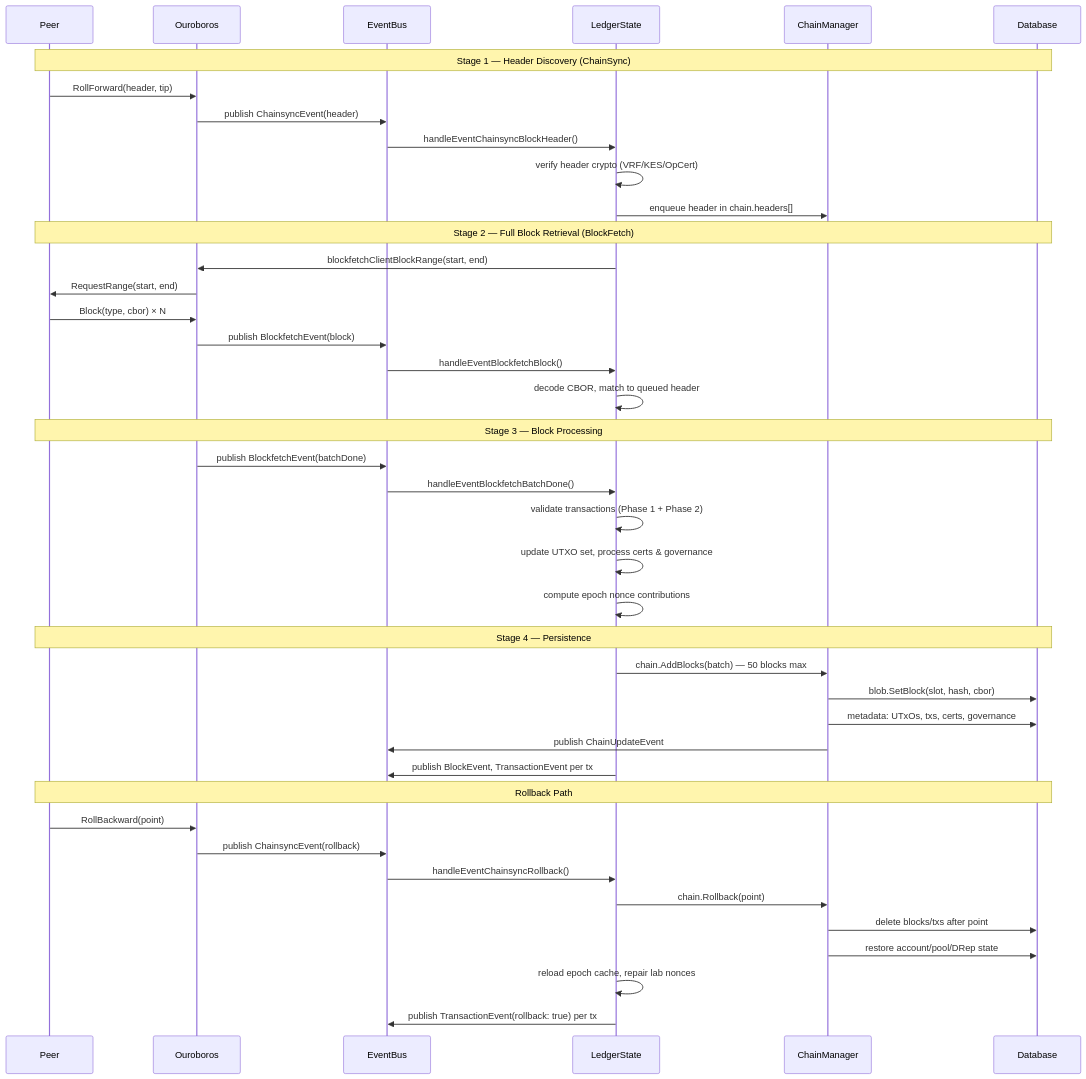
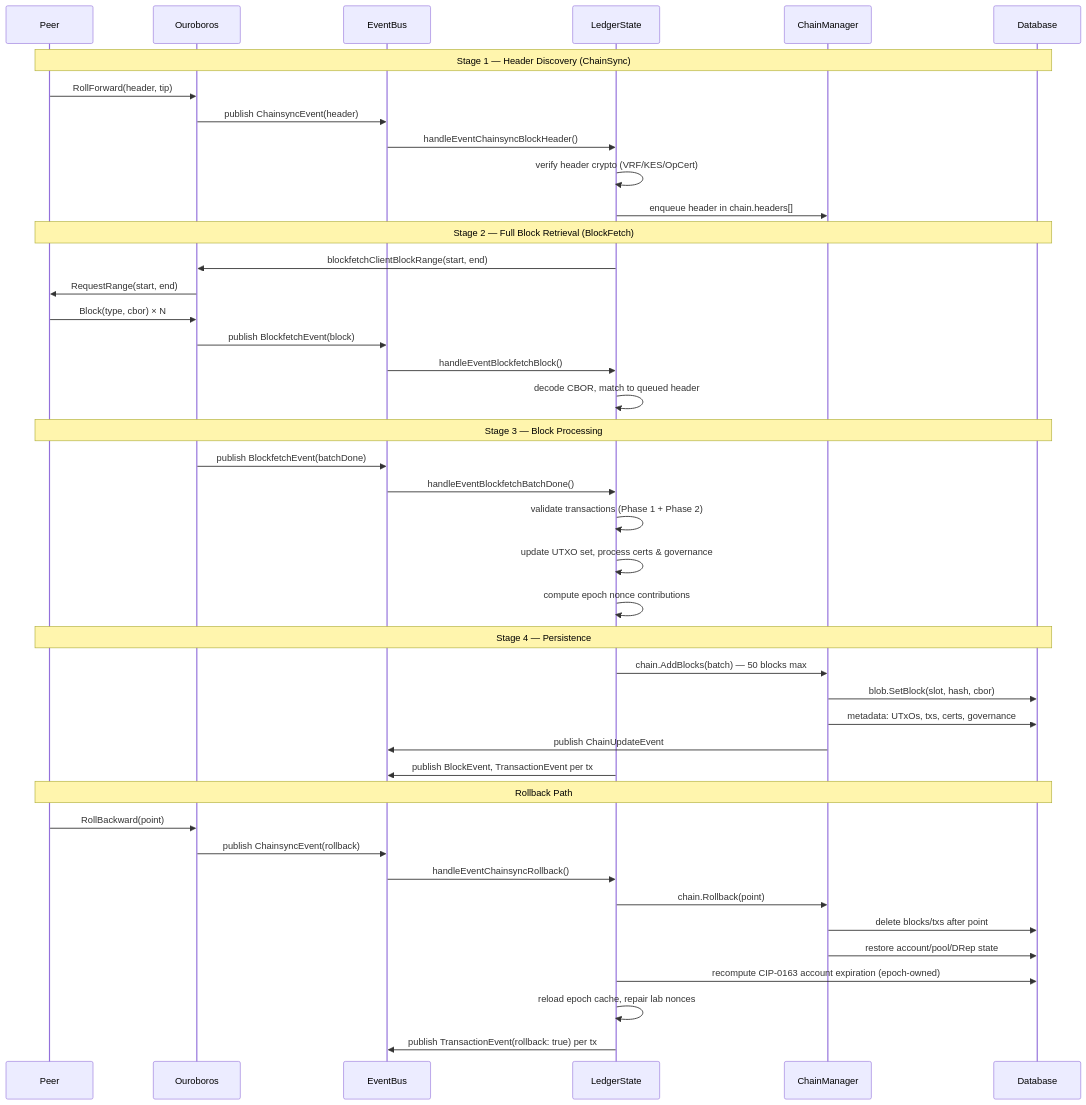
Before and after one commit to blinklabs-io/dingo: the third of 5 diagrams in ARCHITECTURE.md, drawn with Mermaid. The commit also changed other lines of this file and 80 other files, not shown here.

````diff
--- a/ARCHITECTURE.md
+++ b/ARCHITECTURE.md
@@ -234,48 +234,49 @@
 ```mermaid
 sequenceDiagram
     participant Peer
     participant OB as Ouroboros
     participant EB as EventBus
     participant LS as LedgerState
     participant ChM as ChainManager
     participant DB as Database
 
     Note over Peer,DB: Stage 1 — Header Discovery (ChainSync)
     Peer->>OB: RollForward(header, tip)
     OB->>EB: publish ChainsyncEvent(header)
     EB->>LS: handleEventChainsyncBlockHeader()
     LS->>LS: verify header crypto (VRF/KES/OpCert)
     LS->>ChM: enqueue header in chain.headers[]
 
     Note over Peer,DB: Stage 2 — Full Block Retrieval (BlockFetch)
     LS->>OB: blockfetchClientBlockRange(start, end)
     OB->>Peer: RequestRange(start, end)
     Peer->>OB: Block(type, cbor) × N
     OB->>EB: publish BlockfetchEvent(block)
     EB->>LS: handleEventBlockfetchBlock()
     LS->>LS: decode CBOR, match to queued header
 
     Note over Peer,DB: Stage 3 — Block Processing
     OB->>EB: publish BlockfetchEvent(batchDone)
     EB->>LS: handleEventBlockfetchBatchDone()
     LS->>LS: validate transactions (Phase 1 + Phase 2)
     LS->>LS: update UTXO set, process certs & governance
     LS->>LS: compute epoch nonce contributions
 
     Note over Peer,DB: Stage 4 — Persistence
     LS->>ChM: chain.AddBlocks(batch) — 50 blocks max
     ChM->>DB: blob.SetBlock(slot, hash, cbor)
     ChM->>DB: metadata: UTxOs, txs, certs, governance
     ChM->>EB: publish ChainUpdateEvent
     LS->>EB: publish BlockEvent, TransactionEvent per tx
 
     Note over Peer,DB: Rollback Path
     Peer->>OB: RollBackward(point)
     OB->>EB: publish ChainsyncEvent(rollback)
     EB->>LS: handleEventChainsyncRollback()
     LS->>ChM: chain.Rollback(point)
     ChM->>DB: delete blocks/txs after point
     ChM->>DB: restore account/pool/DRep state
+    LS->>DB: recompute CIP-0163 account expiration (epoch-owned)
     LS->>LS: reload epoch cache, repair lab nonces
     LS->>EB: publish TransactionEvent(rollback: true) per tx
 ```
````
